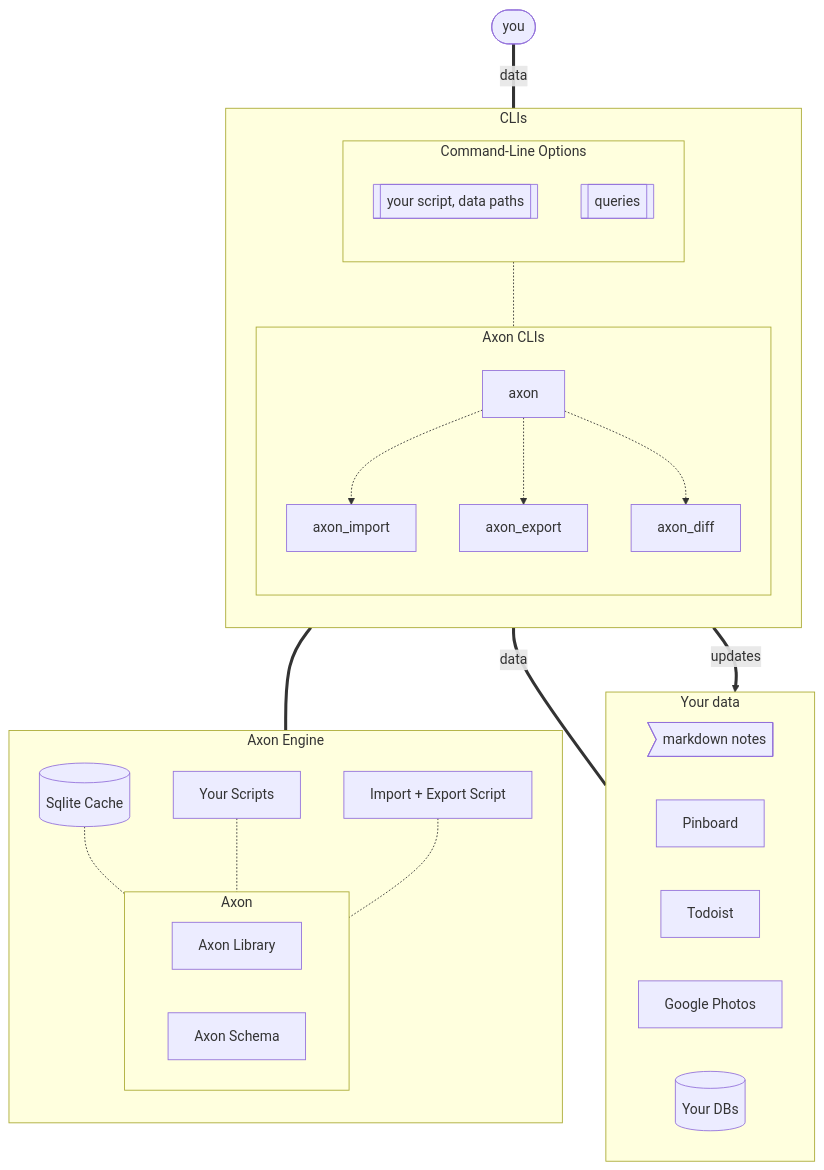
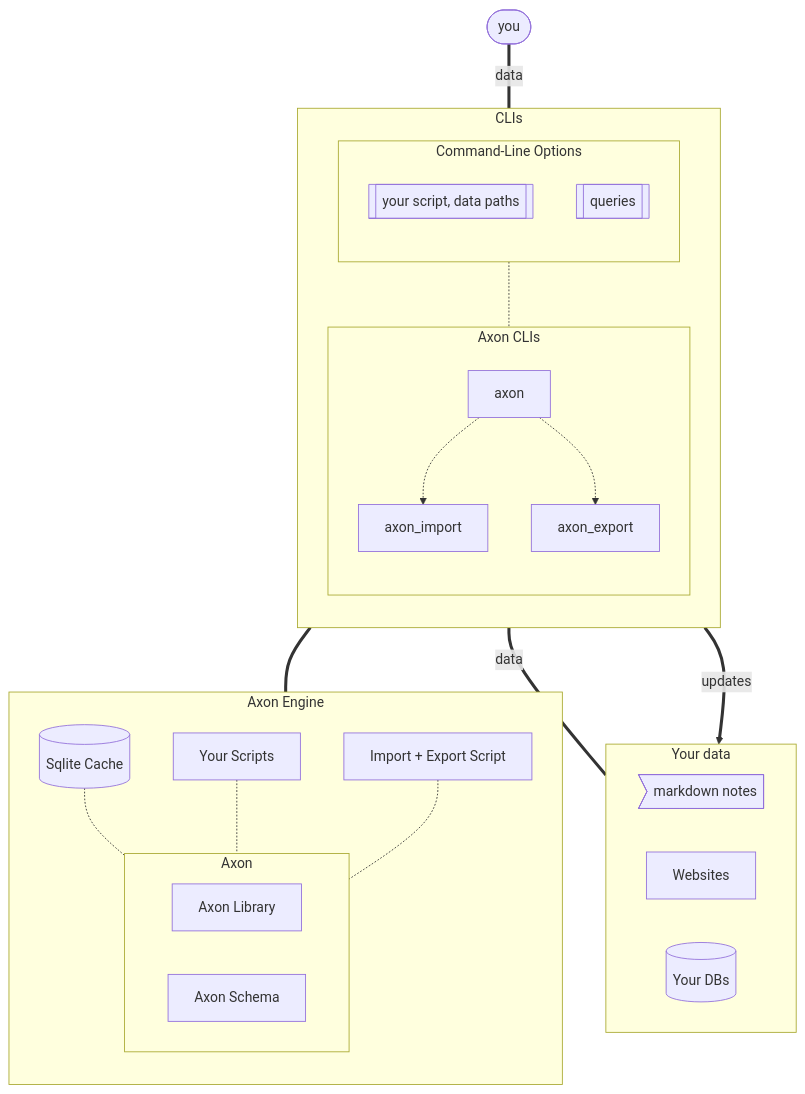
One commit to rgrannell1/axon changed the diagram in README.md. Above: the diagram before and after it, drawn with Mermaid. The commit also changed other lines of this file, not shown here.

````diff
--- a/README.md
+++ b/README.md
@@ -5,55 +77,52 @@
 ```mermaid
 flowchart TB
 
   you([you])
 
   you ===|data|CLIs
 
   subgraph Axon[Axon Engine]
     direction TB
 
     subgraph AxonCore[Axon]
       library[Axon Library]
       schemas[Axon Schema]
     end
 
     sqlite[(Sqlite Cache)] -.- AxonCore
     yourscripts[Your Scripts] -.- AxonCore
     pbscript[Import + Export Script] -.- AxonCore
   end
 
   CLIs === Axon
 
   subgraph CLIs[CLIs]
     direction TB
 
     subgraph Opts[Command-Line Options]
       direction TB
 
       opts_1[[your script, data paths]]
       opts_3[[queries]]
     end
 
     subgraph Rest[Axon CLIs]
       direction TB
 
       axon -.-> axon_import
       axon -.-> axon_export
-      axon -.-> axon_diff
     end
 
     Opts -.- Rest
 
   end
 
   subgraph Sources[Your data]
     md_node>markdown notes]
-    pinboard[Pinboard]
-    todoist[Todoist]
-    photos[Google Photos]
+    websites[Websites]
     dbs[(Your DBs)]
   end
 
   CLIs ===|data| Sources
   CLIs ==>|updates| Sources
 ```
````
